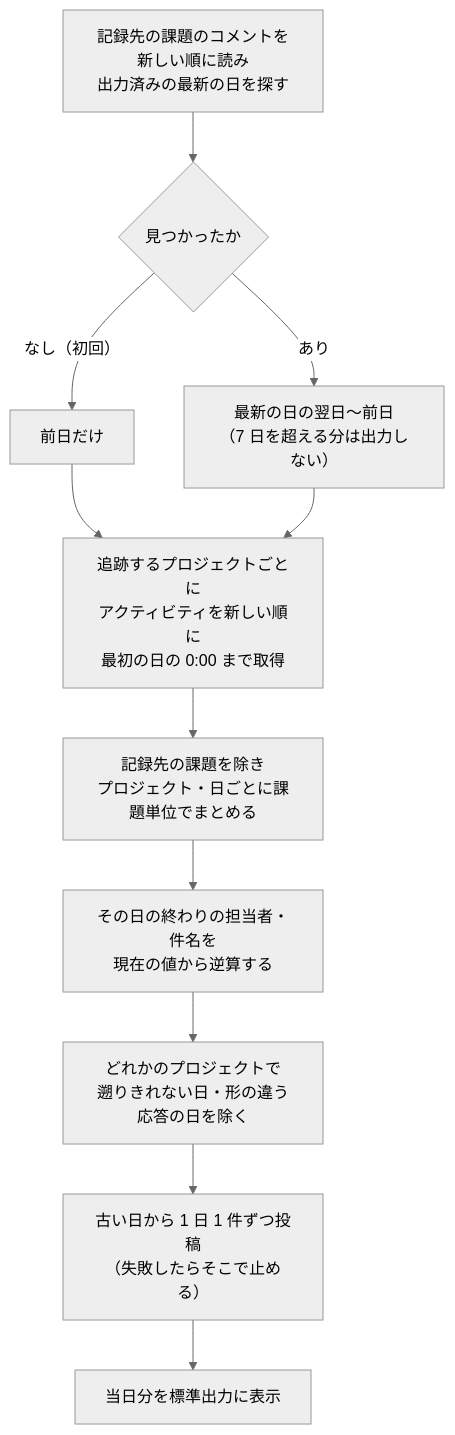
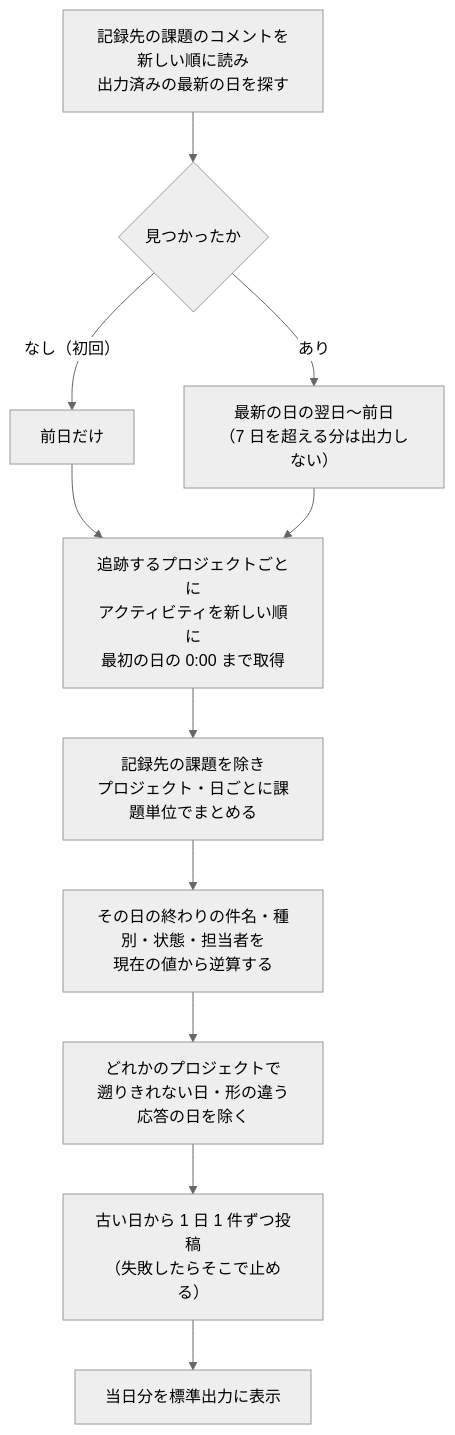
Before and after one commit to rn15h13ak1/backlog_change_log: the diagram in README.md, drawn with Mermaid (neutral theme). The commit also changed other lines of this file and 12 other files, not shown here.

````diff
--- a/README.md
+++ b/README.md
@@ -501,13 +502,13 @@
 ```mermaid
 flowchart TD
     A["記録先の課題のコメントを新しい順に読み<br>出力済みの最新の日を探す"] --> B{"見つかったか"}
     B -->|"なし（初回）"| C["前日だけ"]
     B -->|"あり"| D["最新の日の翌日〜前日<br>（7 日を超える分は出力しない）"]
     C --> E["追跡するプロジェクトごとに<br>アクティビティを新しい順に<br>最初の日の 0:00 まで取得"]
     D --> E
     E --> F["記録先の課題を除き<br>プロジェクト・日ごとに課題単位でまとめる"]
-    F --> G["その日の終わりの担当者・件名を<br>現在の値から逆算する"]
+    F --> G["その日の終わりの件名・種別・状態・担当者を<br>現在の値から逆算する"]
     G --> H["どれかのプロジェクトで<br>遡りきれない日・形の違う応答の日を除く"]
     H --> I["古い日から 1 日 1 件ずつ投稿<br>（失敗したらそこで止める）"]
     I --> J["当日分を標準出力に表示"]
 ```
````
